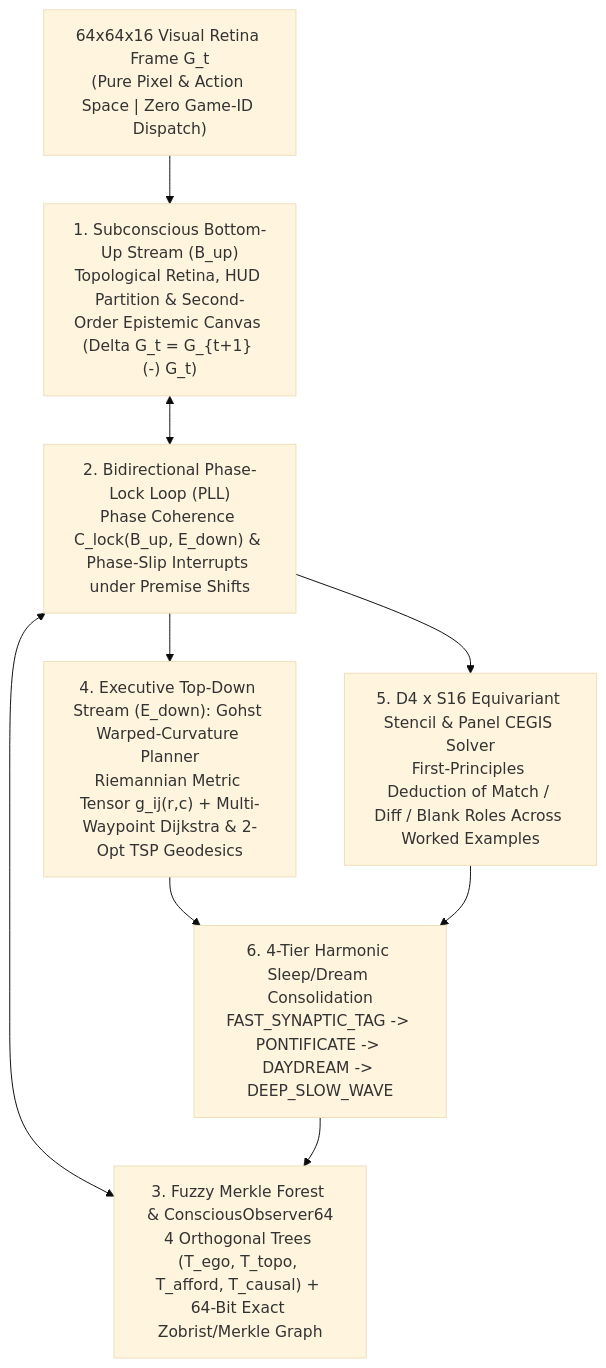
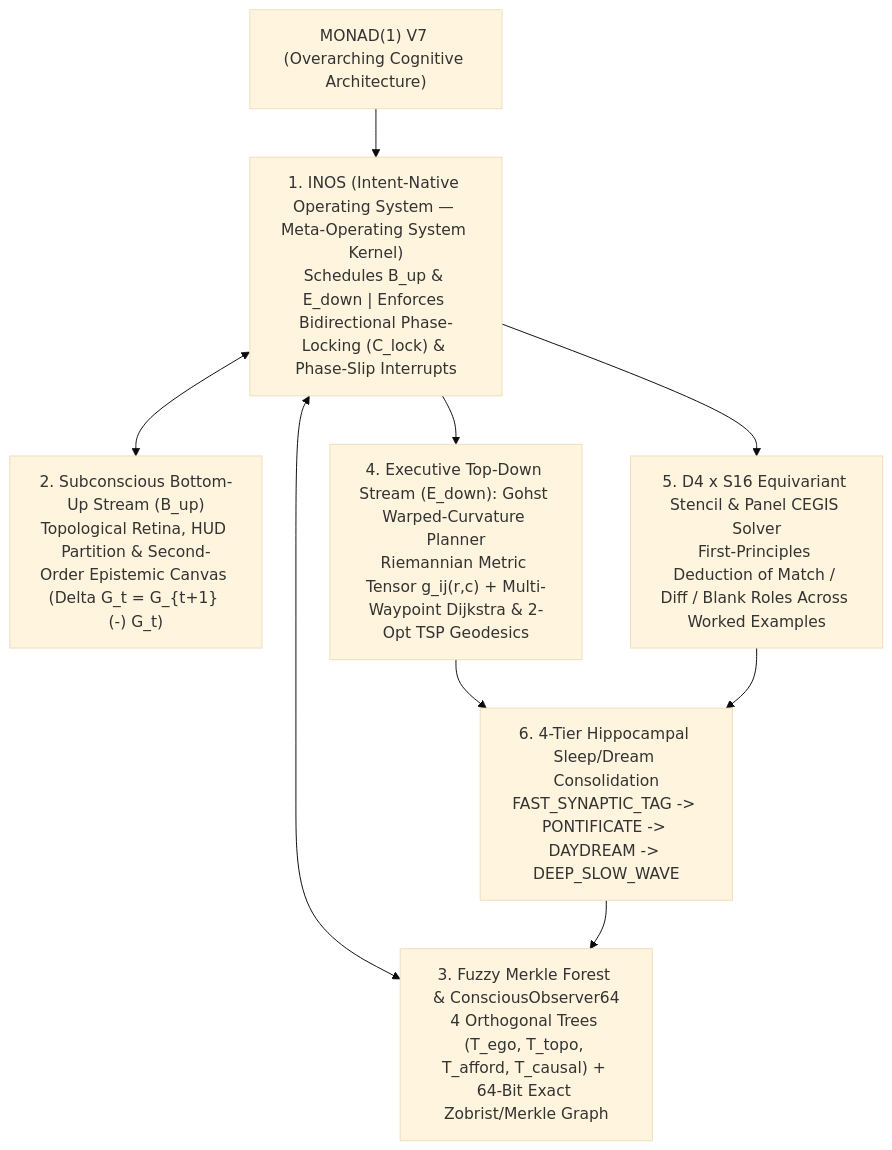
The diagram in ARCHITECTURE.md (k-luecke/monad-1-arc-agi-3), drawn with Mermaid (base theme) before and after one commit. The commit also changed other lines of this file and 12 other files, not shown here.

Commit message:
Consolidate into single unified Monad(1) V7 paper (MONAD_1_V7_PAPER.pdf) with INOS meta-OS kernel, phase-locked evaluation, and Fuzzy Merkle Forests

````diff
--- a/ARCHITECTURE.md
+++ b/ARCHITECTURE.md
@@ -14,19 +12,19 @@
 ```mermaid
 flowchart TD
-    Frame["64x64x16 Visual Retina Frame G_t\n(Pure Pixel & Action Space | Zero Game-ID Dispatch)"]
-    Retina["1. Subconscious Bottom-Up Stream (B_up)\nTopological Retina, HUD Partition & Second-Order Epistemic Canvas (Delta G_t = G_{t+1} (-) G_t)"]
-    PLL["2. Bidirectional Phase-Lock Loop (PLL)\nPhase Coherence C_lock(B_up, E_down) & Phase-Slip Interrupts under Premise Shifts"]
+    Umbrella["MONAD(1) V7 (Overarching Cognitive Architecture)"]
+    INOS["1. INOS (Intent-Native Operating System — Meta-Operating System Kernel)\nSchedules B_up & E_down | Enforces Bidirectional Phase-Locking (C_lock) & Phase-Slip Interrupts"]
+    Retina["2. Subconscious Bottom-Up Stream (B_up)\nTopological Retina, HUD Partition & Second-Order Epistemic Canvas (Delta G_t = G_{t+1} (-) G_t)"]
     FMF["3. Fuzzy Merkle Forest & ConsciousObserver64\n4 Orthogonal Trees (T_ego, T_topo, T_afford, T_causal) + 64-Bit Exact Zobrist/Merkle Graph"]
     Gohst["4. Executive Top-Down Stream (E_down): Gohst Warped-Curvature Planner\nRiemannian Metric Tensor g_ij(r,c) + Multi-Waypoint Dijkstra & 2-Opt TSP Geodesics"]
     CEGIS["5. D4 x S16 Equivariant Stencil & Panel CEGIS Solver\nFirst-Principles Deduction of Match / Diff / Blank Roles Across Worked Examples"]
-    Dream["6. 4-Tier Harmonic Sleep/Dream Consolidation\nFAST_SYNAPTIC_TAG -> PONTIFICATE -> DAYDREAM -> DEEP_SLOW_WAVE"]
+    Dream["6. 4-Tier Hippocampal Sleep/Dream Consolidation\nFAST_SYNAPTIC_TAG -> PONTIFICATE -> DAYDREAM -> DEEP_SLOW_WAVE"]
 
-    Frame --> Retina
-    Retina <--> PLL
-    PLL <--> FMF
-    PLL --> Gohst
-    PLL --> CEGIS
+    Umbrella --> INOS
+    INOS <--> Retina
+    INOS <--> FMF
+    INOS --> Gohst
+    INOS --> CEGIS
     Gohst --> Dream
     CEGIS --> Dream
     Dream --> FMF
 ```
````
